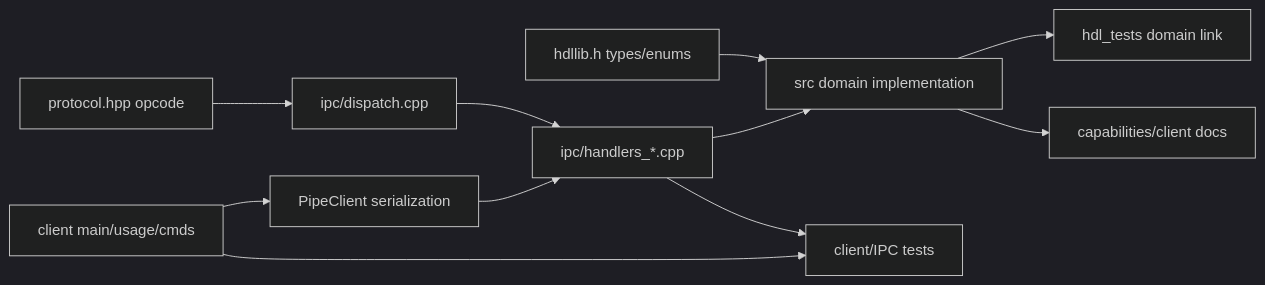
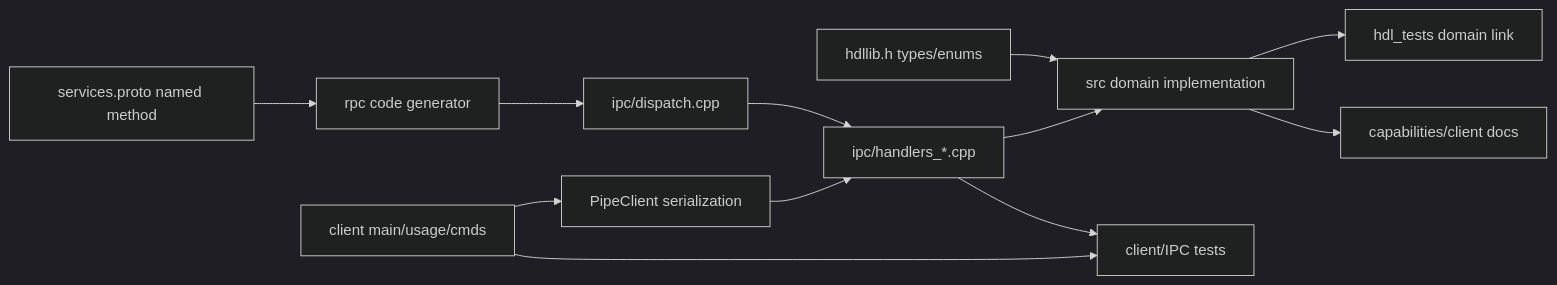
One commit to random-things/hdllib-ng changed the diagram in docs/development.md. Above: the diagram before and after it, drawn with Mermaid (dark theme). The commit also changed other lines of this file and 71 other files, not shown here.

First line of the commit message:
feat(rpc): add protocol-driven RPC runtime and client support (#17)

````diff
--- a/docs/development.md
+++ b/docs/development.md
@@ -59,15 +59,16 @@
 ```mermaid
 flowchart LR
     Types["hdllib.h types/enums"] --> Domain["src domain implementation"]
-    Opcode["protocol.hpp opcode"] --> Dispatch["ipc/dispatch.cpp"]
+    Schema["services.proto named method"] --> Generate["rpc code generator"]
+    Generate --> Dispatch["ipc/dispatch.cpp"]
     Dispatch --> Handler["ipc/handlers_*.cpp"]
     Handler --> Domain
 
     Command["client main/usage/cmds"] --> Pipe["PipeClient serialization"]
     Pipe --> Handler
 
     Domain --> LocalTests["hdl_tests domain link"]
     Handler --> LiveTests["client/IPC tests"]
     Command --> LiveTests
     Domain --> Docs["capabilities/client docs"]
 ```
````
